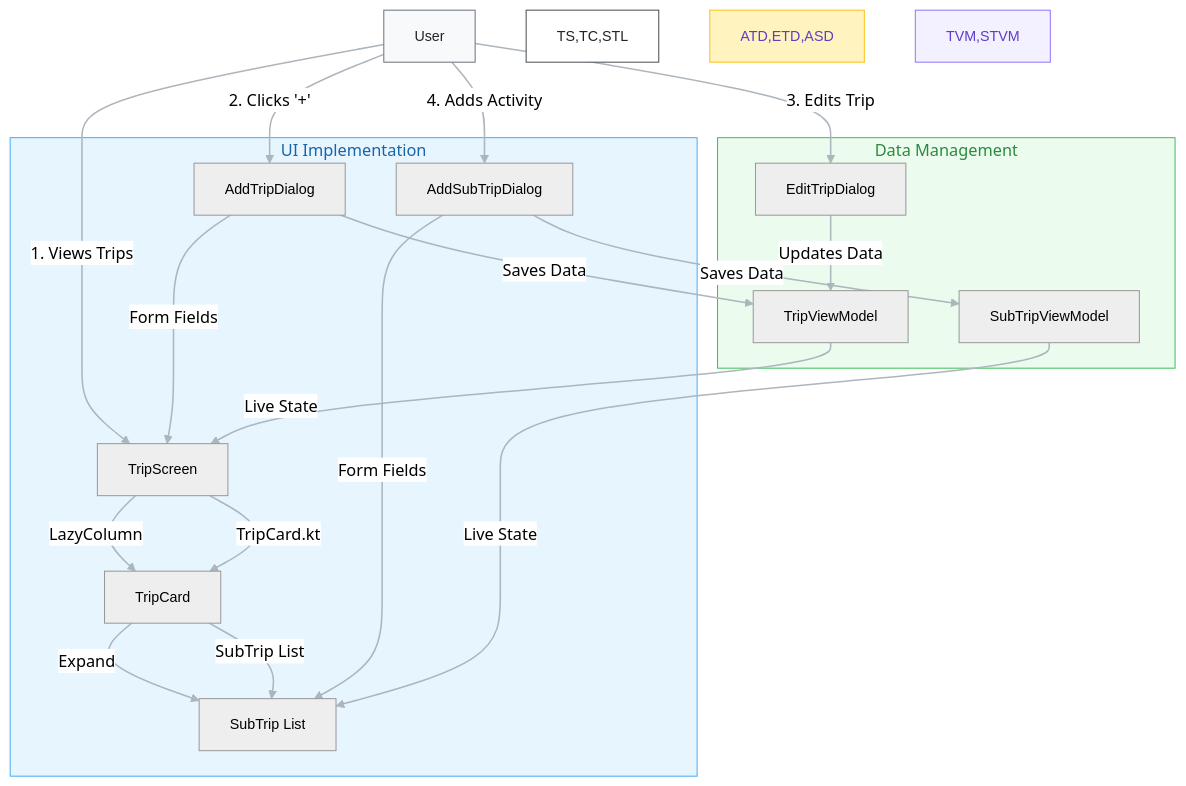
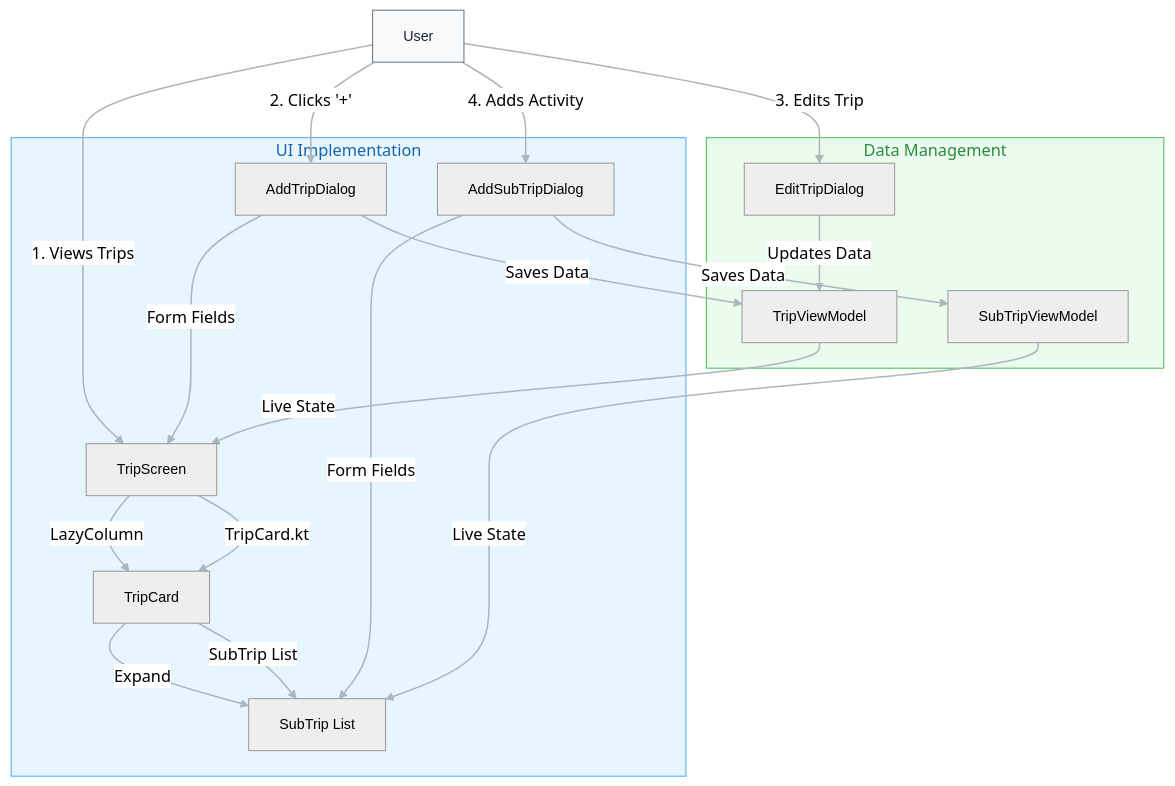
One commit to GEI3-Udl-2025/Travel_World changed the third of 3 diagrams in documentation/design.md. Above: the diagram before and after it, drawn with Mermaid (neutral theme).

````diff
--- a/documentation/design.md
+++ b/documentation/design.md
@@ -67,39 +67,36 @@
 ```mermaid
 flowchart TD
     %% ===== T2.1 User Interaction Structure =====
     U[User] -->|1. Views Trips| TS[TripScreen]
     TS -->|LazyColumn| TC[TripCard]
     TC -->|Expand| STL[SubTrip List]
     U -->|2. Clicks '+'| ATD[AddTripDialog]
     U -->|3. Edits Trip| ETD[EditTripDialog]
     U -->|4. Adds Activity| ASD[AddSubTripDialog]
 
     %% ===== T2.2 UI Components =====
     subgraph UI_Flow["UI Implementation"]
         TS -->|"TripCard.kt"| TC
         TC -->|"SubTrip List"| STL
         ATD -->|"Form Fields"| TS
         ASD -->|"Form Fields"| STL
     end
 
     %% ===== T2.3 Data Flow =====
     subgraph Data_Flow["Data Management"]
         TVM[TripViewModel] -->|"Live State"| TS
         STVM[SubTripViewModel] -->|"Live State"| STL
         ATD -->|"Saves Data"| TVM
         ETD -->|"Updates Data"| TVM
         ASD -->|"Saves Data"| STVM
     end
 
     %% ===== Styling =====
     style U fill:#f8f9fa,stroke:#6c757d,color:#212529
     style UI_Flow fill:#e7f5ff,stroke:#4dabf7,color:#1864ab
     style Data_Flow fill:#ebfbee,stroke:#40c057,color:#2b8a3e
-    style TS,TC,STL fill:#ffffff,stroke:#495057,color:#212529
-    style ATD,ETD,ASD fill:#fff3bf,stroke:#fcc419,color:#5f3dc4
-    style TVM,STVM fill:#f3f0ff,stroke:#9775fa,color:#5f3dc4
 
     %% ===== Visual Optimization =====
     classDef default font-family:Helvetica,font-size:14px
     linkStyle default stroke:#adb5bd,stroke-width:1.5px
 ```
````
